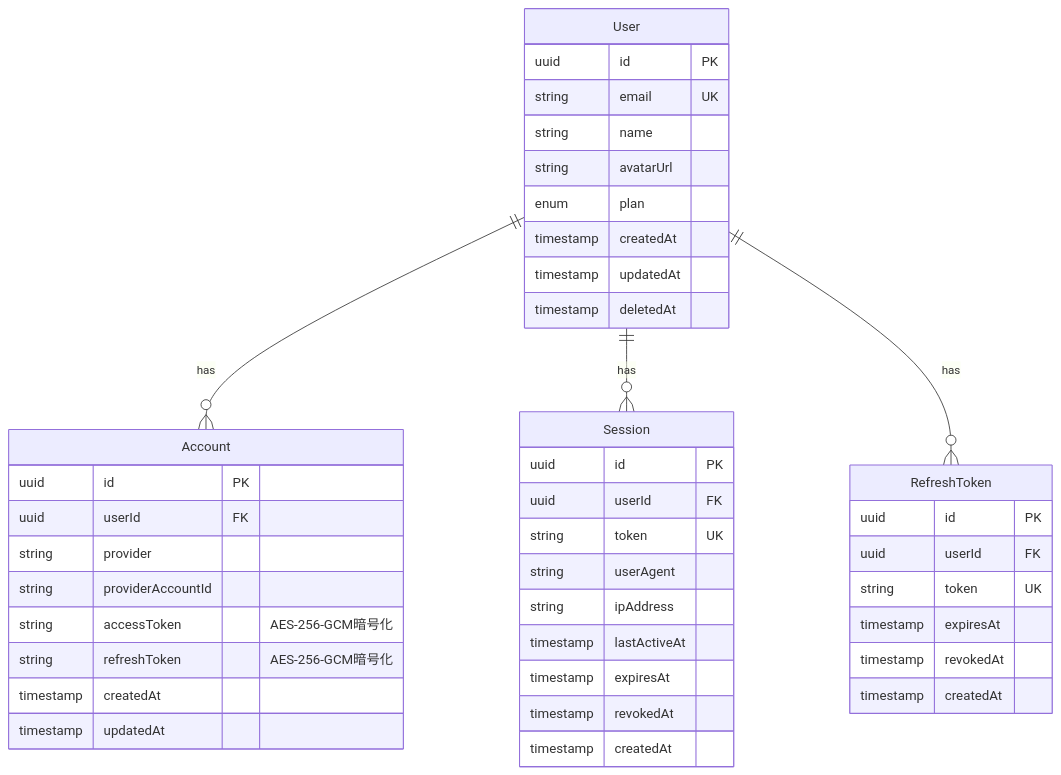
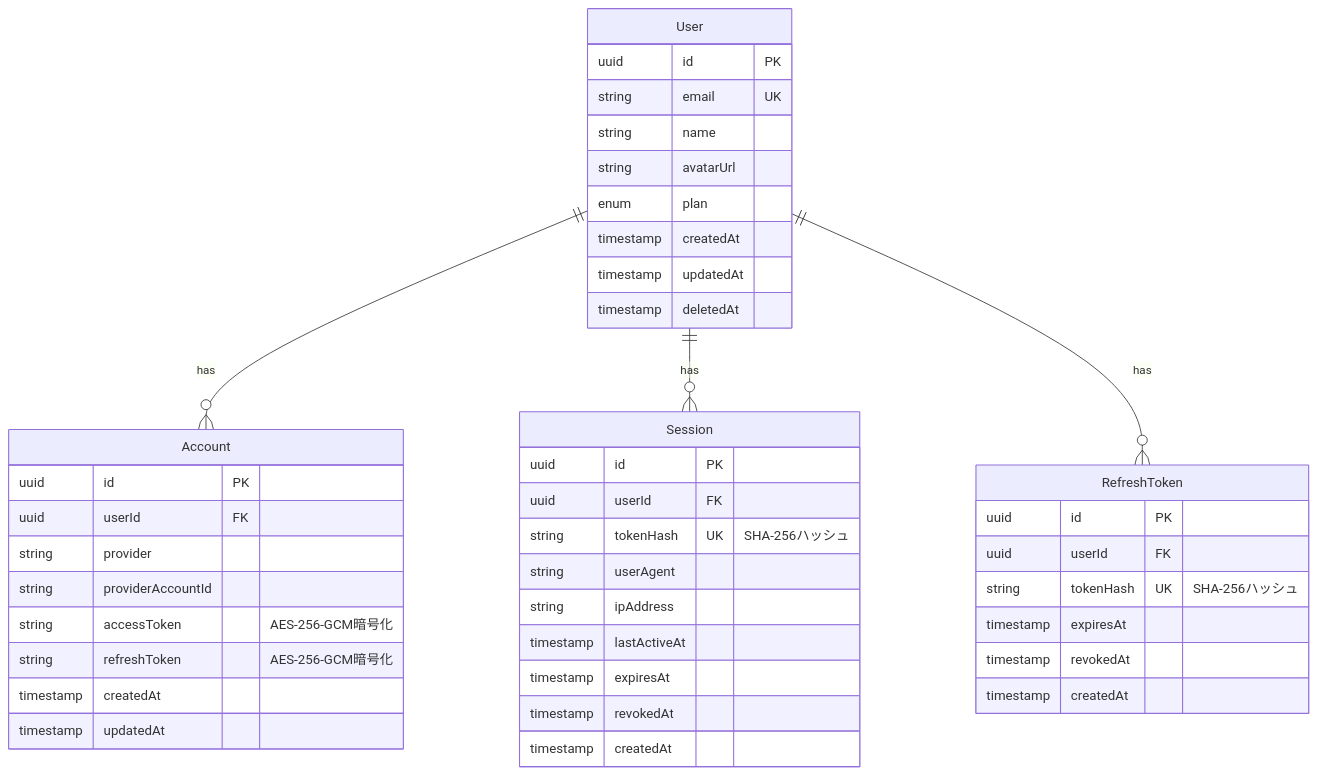
The fourth of 10 diagrams in docs/architecture/features/authentication.md (tsutsumi389/agentest), drawn with Mermaid before and after one commit. The commit also changed other lines of this file and 29 other files, not shown here.

````diff
--- a/docs/architecture/features/authentication.md
+++ b/docs/architecture/features/authentication.md
@@ -143,49 +143,49 @@
 ```mermaid
 erDiagram
     User ||--o{ Account : "has"
     User ||--o{ Session : "has"
     User ||--o{ RefreshToken : "has"
 
     User {
         uuid id PK
         string email UK
         string name
         string avatarUrl
         enum plan
         timestamp createdAt
         timestamp updatedAt
         timestamp deletedAt
     }
 
     Account {
         uuid id PK
         uuid userId FK
         string provider
         string providerAccountId
         string accessToken "AES-256-GCM暗号化"
         string refreshToken "AES-256-GCM暗号化"
         timestamp createdAt
         timestamp updatedAt
     }
 
     Session {
         uuid id PK
         uuid userId FK
-        string token UK
+        string tokenHash UK "SHA-256ハッシュ"
         string userAgent
         string ipAddress
         timestamp lastActiveAt
         timestamp expiresAt
         timestamp revokedAt
         timestamp createdAt
     }
 
     RefreshToken {
         uuid id PK
         uuid userId FK
-        string token UK
+        string tokenHash UK "SHA-256ハッシュ"
         timestamp expiresAt
         timestamp revokedAt
         timestamp createdAt
     }
 ```
````
